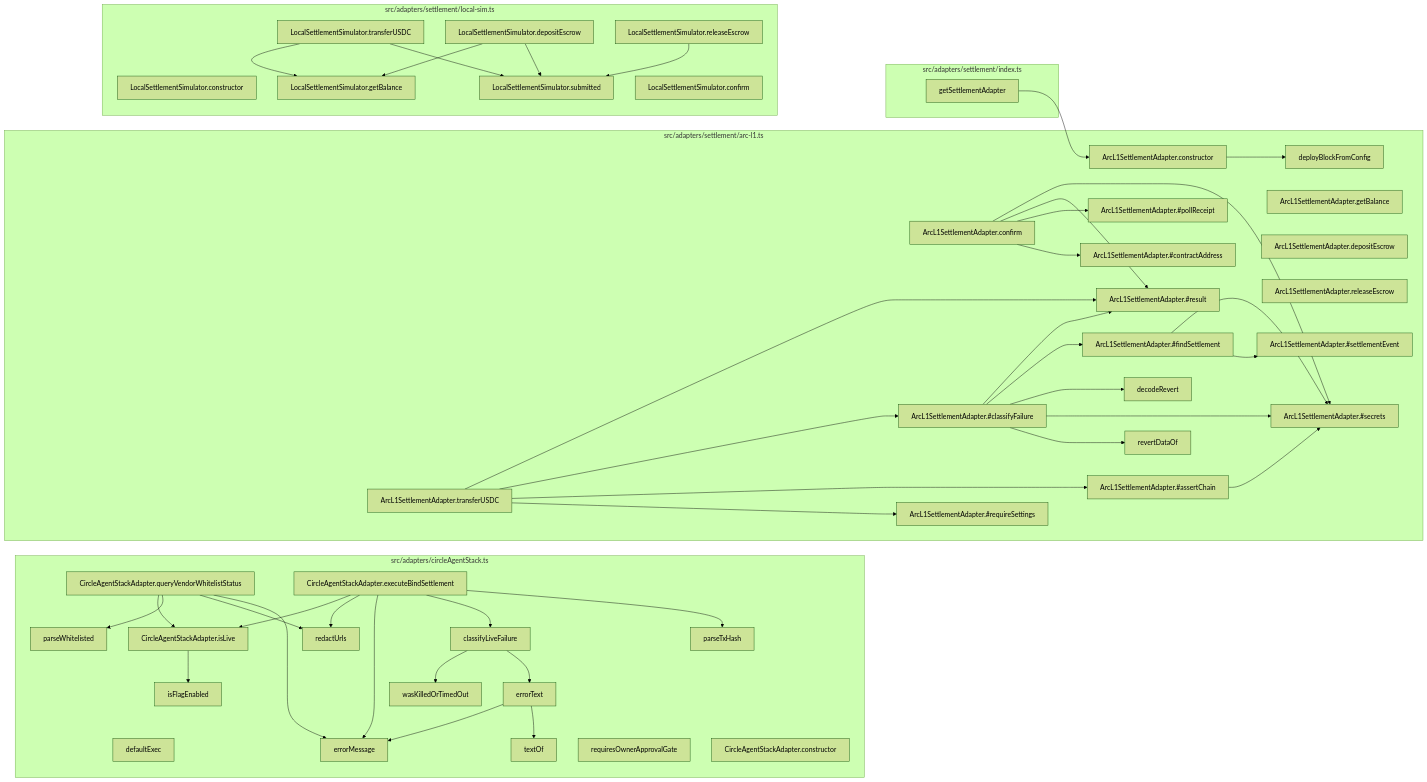
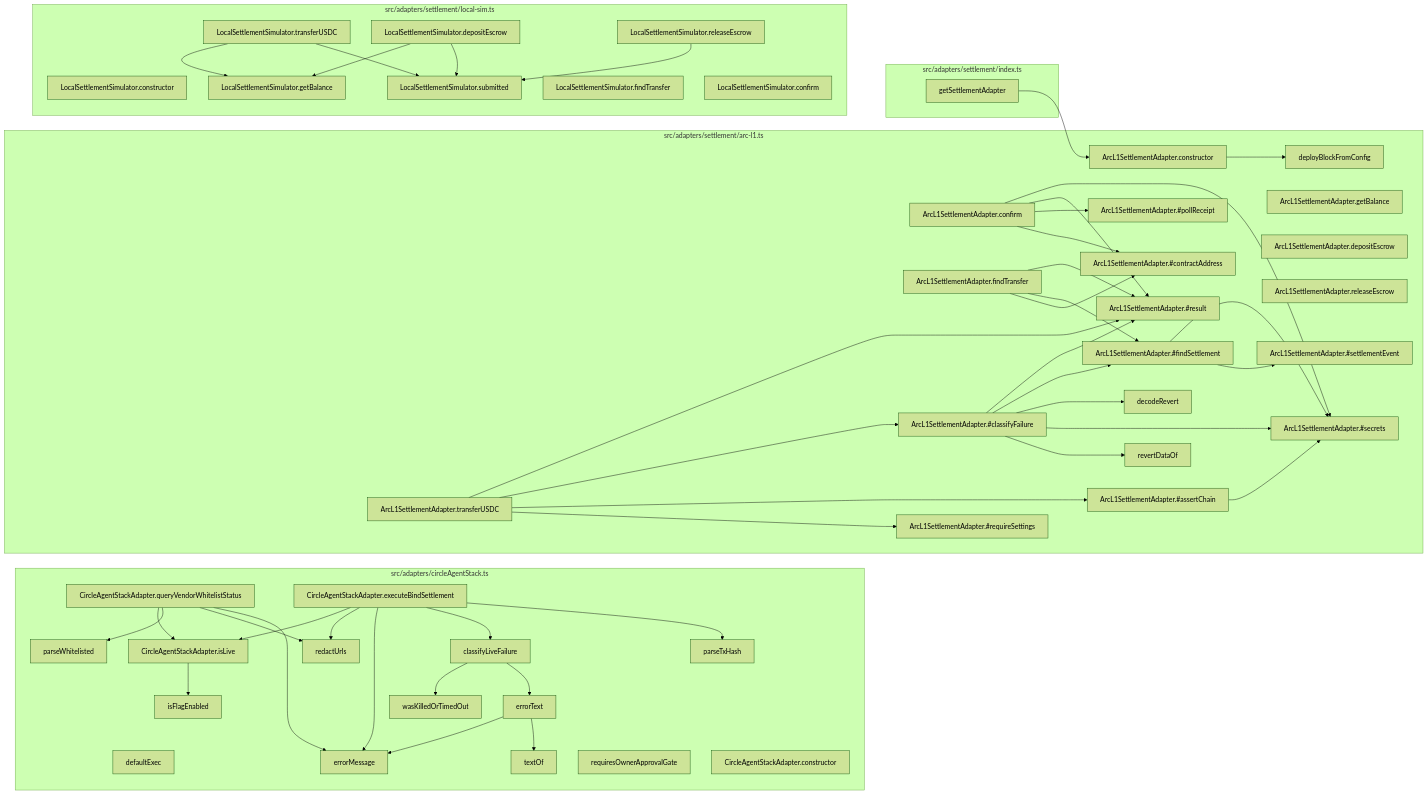
The fifth of 8 diagrams in docs/CODEBASE_MAP.md (Jaydearcadian/bind), drawn with Mermaid (forest theme) before and after one commit. The commit also changed other lines of this file and 11 other files, not shown here.

````diff
--- a/docs/CODEBASE_MAP.md
+++ b/docs/CODEBASE_MAP.md
@@ -289,29 +291,31 @@
     n23["ArcL1SettlementAdapter.getBalance"]
     n24["ArcL1SettlementAdapter.transferUSDC"]
     n25["ArcL1SettlementAdapter.confirm"]
-    n26["ArcL1SettlementAdapter.depositEscrow"]
-    n27["ArcL1SettlementAdapter.releaseEscrow"]
-    n28["ArcL1SettlementAdapter.#result"]
-    n29["ArcL1SettlementAdapter.#secrets"]
-    n30["ArcL1SettlementAdapter.#classifyFailure"]
-    n31["ArcL1SettlementAdapter.#contractAddress"]
-    n32["ArcL1SettlementAdapter.#requireSettings"]
-    n33["ArcL1SettlementAdapter.#assertChain"]
-    n34["ArcL1SettlementAdapter.#settlementEvent"]
-    n35["ArcL1SettlementAdapter.#findSettlement"]
-    n36["ArcL1SettlementAdapter.#pollReceipt"]
+    n26["ArcL1SettlementAdapter.findTransfer"]
+    n27["ArcL1SettlementAdapter.depositEscrow"]
+    n28["ArcL1SettlementAdapter.releaseEscrow"]
+    n29["ArcL1SettlementAdapter.#result"]
+    n30["ArcL1SettlementAdapter.#secrets"]
+    n31["ArcL1SettlementAdapter.#classifyFailure"]
+    n32["ArcL1SettlementAdapter.#contractAddress"]
+    n33["ArcL1SettlementAdapter.#requireSettings"]
+    n34["ArcL1SettlementAdapter.#assertChain"]
+    n35["ArcL1SettlementAdapter.#settlementEvent"]
+    n36["ArcL1SettlementAdapter.#findSettlement"]
+    n37["ArcL1SettlementAdapter.#pollReceipt"]
   end
   subgraph F2["src/adapters/settlement/index.ts"]
-    n45["getSettlementAdapter"]
+    n46["getSettlementAdapter"]
   end
   subgraph F3["src/adapters/settlement/local-sim.ts"]
-    n46["LocalSettlementSimulator.constructor"]
-    n47["LocalSettlementSimulator.getBalance"]
-    n48["LocalSettlementSimulator.transferUSDC"]
-    n49["LocalSettlementSimulator.confirm"]
-    n50["LocalSettlementSimulator.depositEscrow"]
-    n51["LocalSettlementSimulator.releaseEscrow"]
-    n52["LocalSettlementSimulator.submitted"]
+    n47["LocalSettlementSimulator.constructor"]
+    n48["LocalSettlementSimulator.getBalance"]
+    n49["LocalSettlementSimulator.transferUSDC"]
+    n50["LocalSettlementSimulator.findTransfer"]
+    n51["LocalSettlementSimulator.confirm"]
+    n52["LocalSettlementSimulator.depositEscrow"]
+    n53["LocalSettlementSimulator.releaseEscrow"]
+    n54["LocalSettlementSimulator.submitted"]
   end
   n8 --> n6
   n8 --> n7
@@ -328,26 +332,29 @@
   n16 --> n10
   n16 --> n12
   n22 --> n21
-  n24 --> n32
   n24 --> n33
-  n24 --> n30
-  n24 --> n28
-  n25 --> n31
-  n25 --> n36
-  n25 --> n28
+  n24 --> n34
+  n24 --> n31
+  n24 --> n29
+  n25 --> n32
+  n25 --> n37
   n25 --> n29
-  n30 --> n19
-  n30 --> n29
-  n30 --> n20
-  n30 --> n35
-  n30 --> n28
-  n33 --> n29
-  n35 --> n34
-  n35 --> n29
-  n45 --> n22
-  n48 --> n47
-  n48 --> n52
-  n50 --> n47
-  n50 --> n52
-  n51 --> n52
+  n25 --> n30
+  n26 --> n32
+  n26 --> n36
+  n26 --> n29
+  n31 --> n19
+  n31 --> n30
+  n31 --> n20
+  n31 --> n36
+  n31 --> n29
+  n34 --> n30
+  n36 --> n35
+  n36 --> n30
+  n46 --> n22
+  n49 --> n48
+  n49 --> n54
+  n52 --> n48
+  n52 --> n54
+  n53 --> n54
 ```
````
